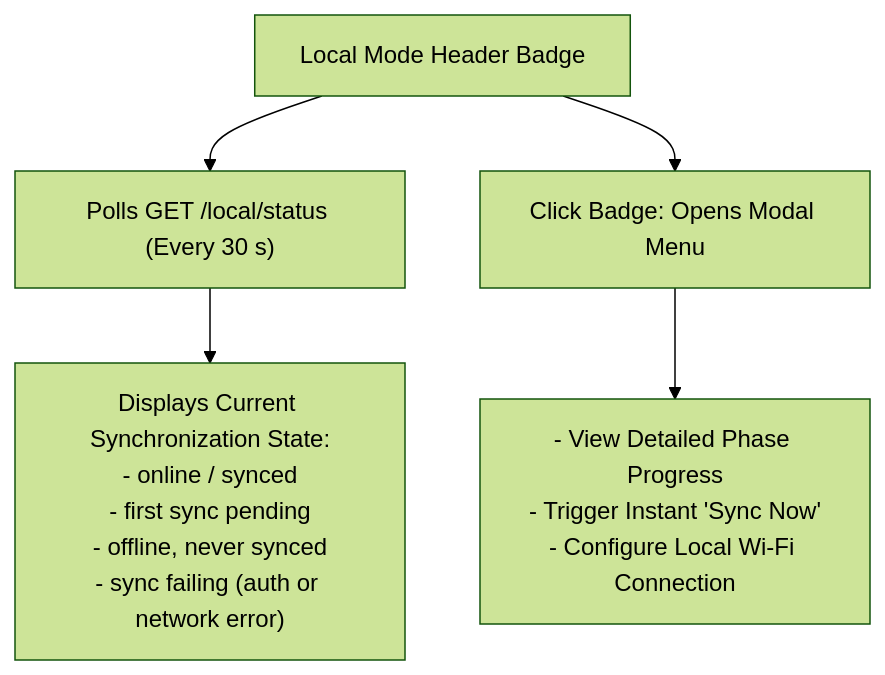
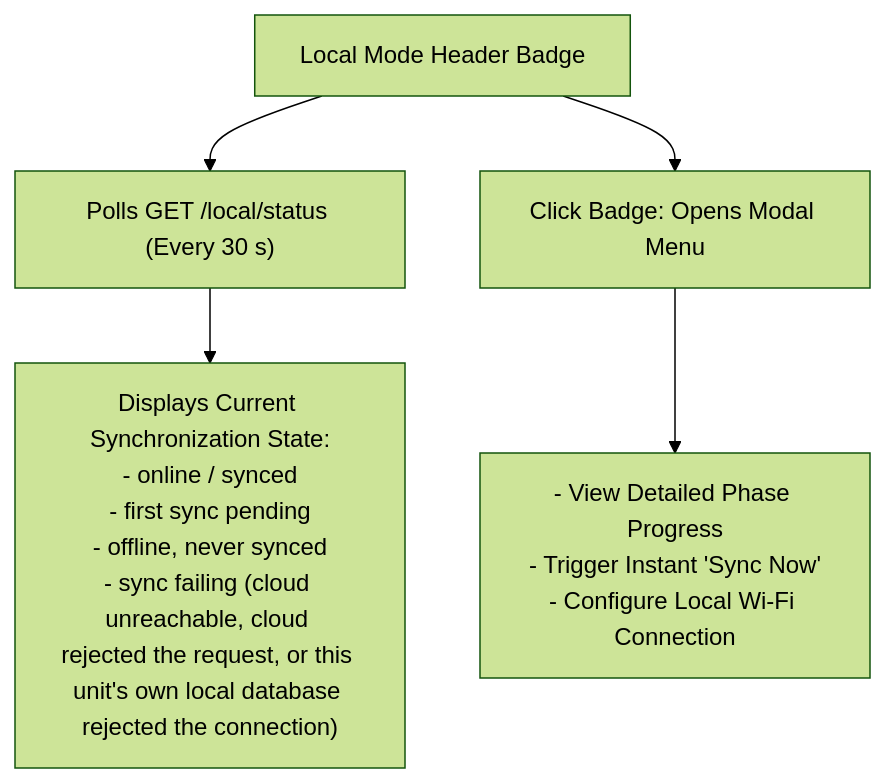
One commit to itbdelaboprogramming/msd700_documentation changed the second of 2 diagrams in docs/development/data-sync.md. Above: the diagram before and after it, drawn with Mermaid (forest theme). The commit also changed other lines of this file and 1 other file, not shown here.

Commit message:
docs: enhance troubleshooting guide with local sync access denied scenario and resolution steps

````diff
--- a/docs/development/data-sync.md
+++ b/docs/development/data-sync.md
@@ -76,7 +76,7 @@
 ```mermaid
 flowchart TB
   BADGE["Local Mode Header Badge"] --> STATUS["Polls GET /local/status (Every 30 s)"]
-  STATUS --> DISPLAY["Displays Current Synchronization State:<br/>- online / synced<br/>- first sync pending<br/>- offline, never synced<br/>- sync failing (auth or network error)"]
+  STATUS --> DISPLAY["Displays Current Synchronization State:<br/>- online / synced<br/>- first sync pending<br/>- offline, never synced<br/>- sync failing (cloud unreachable, cloud rejected the request, or this unit's own local database rejected the connection)"]
   BADGE --> CLICK["Click Badge: Opens Modal Menu"]
   CLICK --> ACTIONS["- View Detailed Phase Progress<br/>- Trigger Instant 'Sync Now'<br/>- Configure Local Wi-Fi Connection"]
 ```
````
